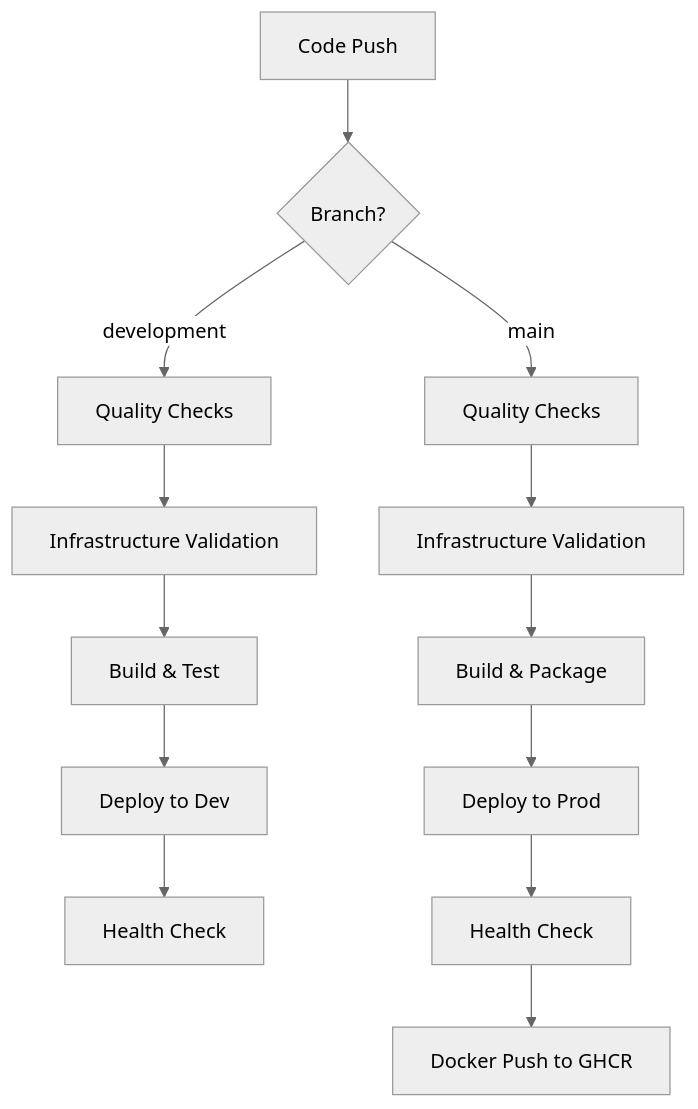
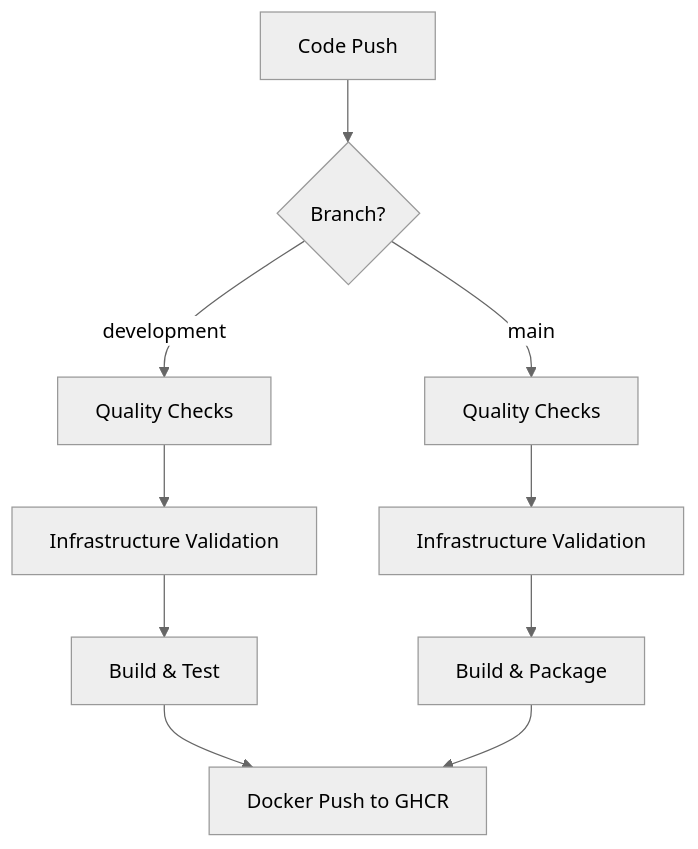
The diagram in .github/README.md (Blue-Davinci/InkoMoko), drawn with Mermaid (neutral theme) before and after one commit. The commit also changed other lines of this file and 2 other files, not shown here.

````diff
--- a/.github/README.md
+++ b/.github/README.md
@@ -9,15 +9,12 @@
 ```mermaid
 graph TD
     A[Code Push] --> B{Branch?}
     B -->|development| C[Quality Checks]
     B -->|main| D[Quality Checks]
     C --> E[Infrastructure Validation]
     D --> F[Infrastructure Validation]
     E --> G[Build & Test]
     F --> H[Build & Package]
-    G --> I[Deploy to Dev]
-    H --> J[Deploy to Prod]
-    I --> K[Health Check]
-    J --> L[Health Check]
-    L --> M[Docker Push to GHCR]
+    G --> I[Docker Push to GHCR]
+    H --> I
 ```
````
